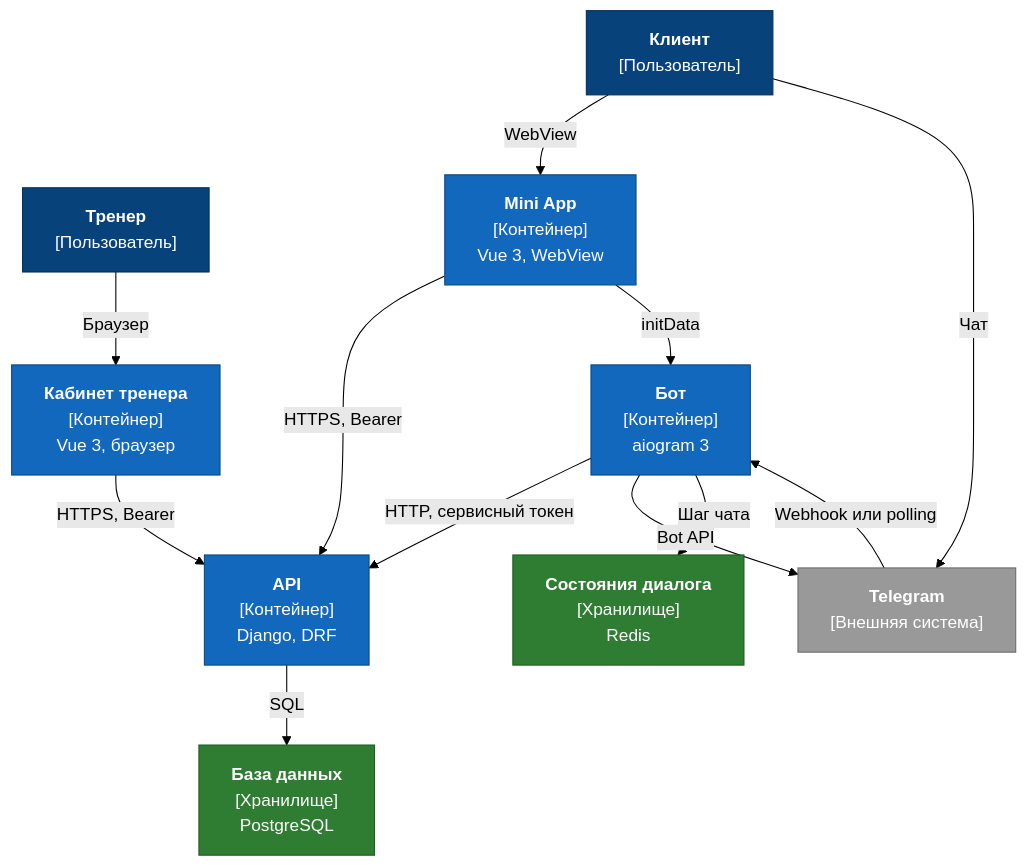
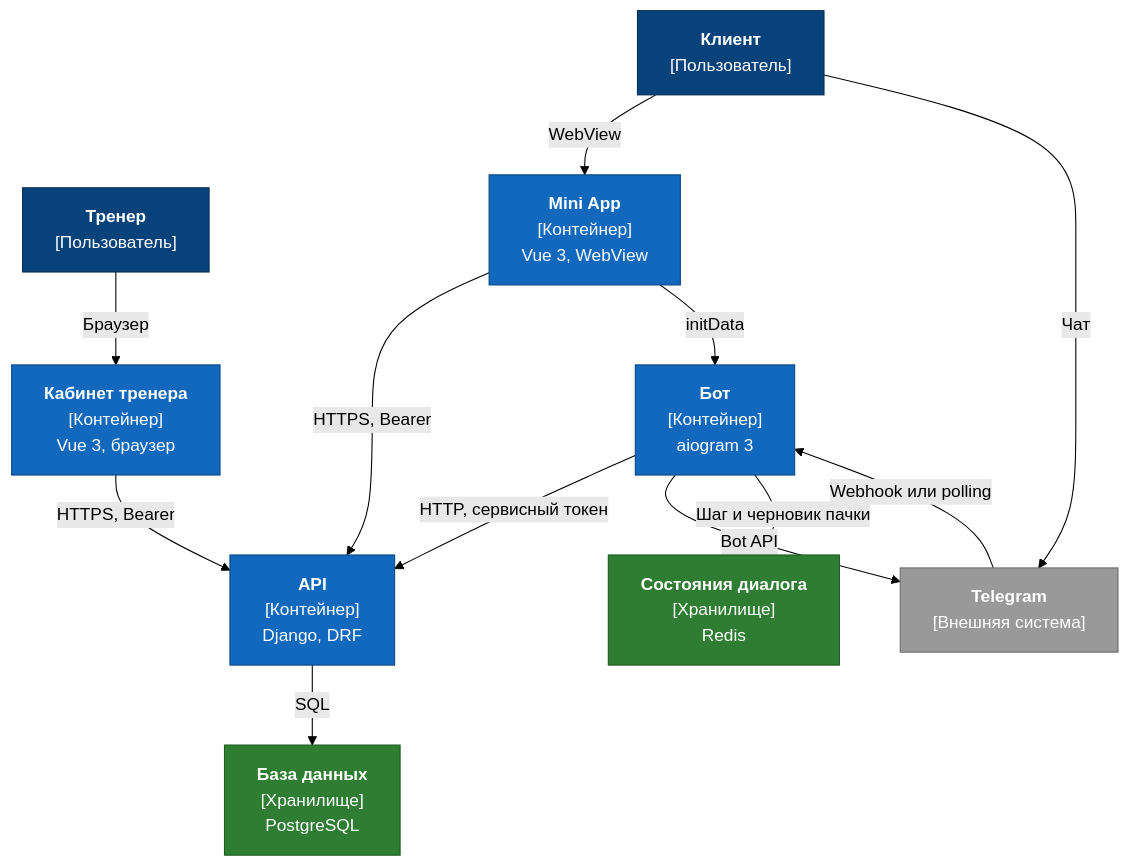
The diagram in docs/architecture/c4/containers.md (pycoder-code/trenly-ai), drawn with Mermaid (forest theme) before and after one commit. The commit also changed other lines of this file and 21 other files, not shown here.

````diff
--- a/docs/architecture/c4/containers.md
+++ b/docs/architecture/c4/containers.md
@@ -35,36 +35,36 @@
 ```mermaid
 flowchart TB
     trainer["<b>Тренер</b><br/>[Пользователь]"]
     client["<b>Клиент</b><br/>[Пользователь]"]
 
     dashboard["<b>Кабинет тренера</b><br/>[Контейнер]<br/>Vue 3, браузер"]
     miniapp["<b>Mini App</b><br/>[Контейнер]<br/>Vue 3, WebView"]
     api["<b>API</b><br/>[Контейнер]<br/>Django, DRF"]
     bot["<b>Бот</b><br/>[Контейнер]<br/>aiogram 3"]
 
     db["<b>База данных</b><br/>[Хранилище]<br/>PostgreSQL"]
     redis["<b>Состояния диалога</b><br/>[Хранилище]<br/>Redis"]
 
     telegram["<b>Telegram</b><br/>[Внешняя система]"]
 
     trainer -- "Браузер" --> dashboard
     client -- "WebView" --> miniapp
     client -- "Чат" --> telegram
     dashboard -- "HTTPS, Bearer" --> api
     miniapp -- "HTTPS, Bearer" --> api
     miniapp -- "initData" --> bot
     telegram -- "Webhook или polling" --> bot
     bot -- "HTTP, сервисный токен" --> api
     bot -- "Bot API" --> telegram
-    bot -- "Шаг чата" --> redis
+    bot -- "Шаг и черновик пачки" --> redis
     api -- "SQL" --> db
 
     classDef person fill:#08427b,stroke:#052e56,color:#fff
     classDef container fill:#1168bd,stroke:#0b4884,color:#fff
     classDef store fill:#2e7d32,stroke:#1b5e20,color:#fff
     classDef external fill:#999,stroke:#6b6b6b,color:#fff
     class trainer,client person
     class dashboard,miniapp,api,bot container
     class db,redis store
     class telegram external
 ```
````
